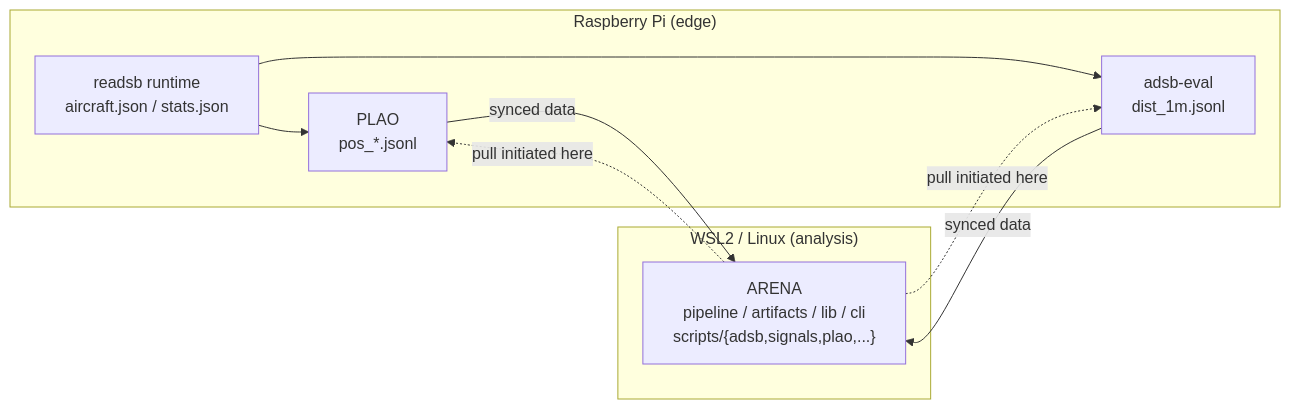
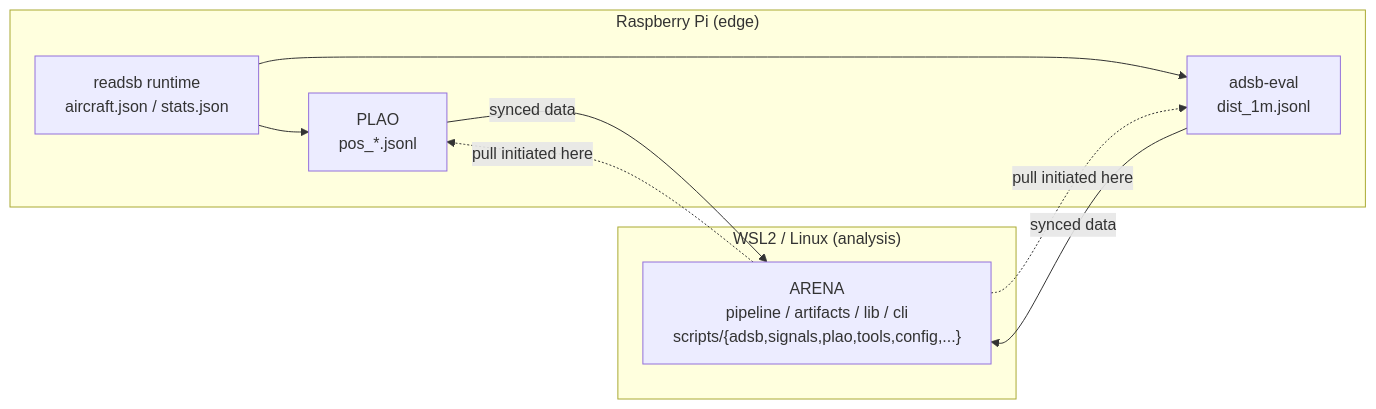
Before and after one commit to yukimurata0421/arena-eval-engine: the diagram in docs/system-context.md, drawn with Mermaid. The commit also changed other lines of this file and 3 other files, not shown here.

````diff
--- a/docs/system-context.md
+++ b/docs/system-context.md
@@ -39,19 +39,19 @@
 ```mermaid
 flowchart LR
   subgraph EDGE["Raspberry Pi (edge)"]
     R["readsb runtime<br/>aircraft.json / stats.json"]
     P["PLAO<br/>pos_*.jsonl"]
     E["adsb-eval<br/>dist_1m.jsonl"]
     R --> P
     R --> E
   end
 
   subgraph ANALYSIS["WSL2 / Linux (analysis)"]
-    A["ARENA<br/>pipeline / artifacts / lib / cli<br/>scripts/{adsb,signals,plao,...}"]
+    A["ARENA<br/>pipeline / artifacts / lib / cli<br/>scripts/{adsb,signals,plao,tools,config,...}"]
   end
 
   A -. "pull initiated here" .-> P
   A -. "pull initiated here" .-> E
   P -- "synced data" --> A
   E -- "synced data" --> A
 ```
````
